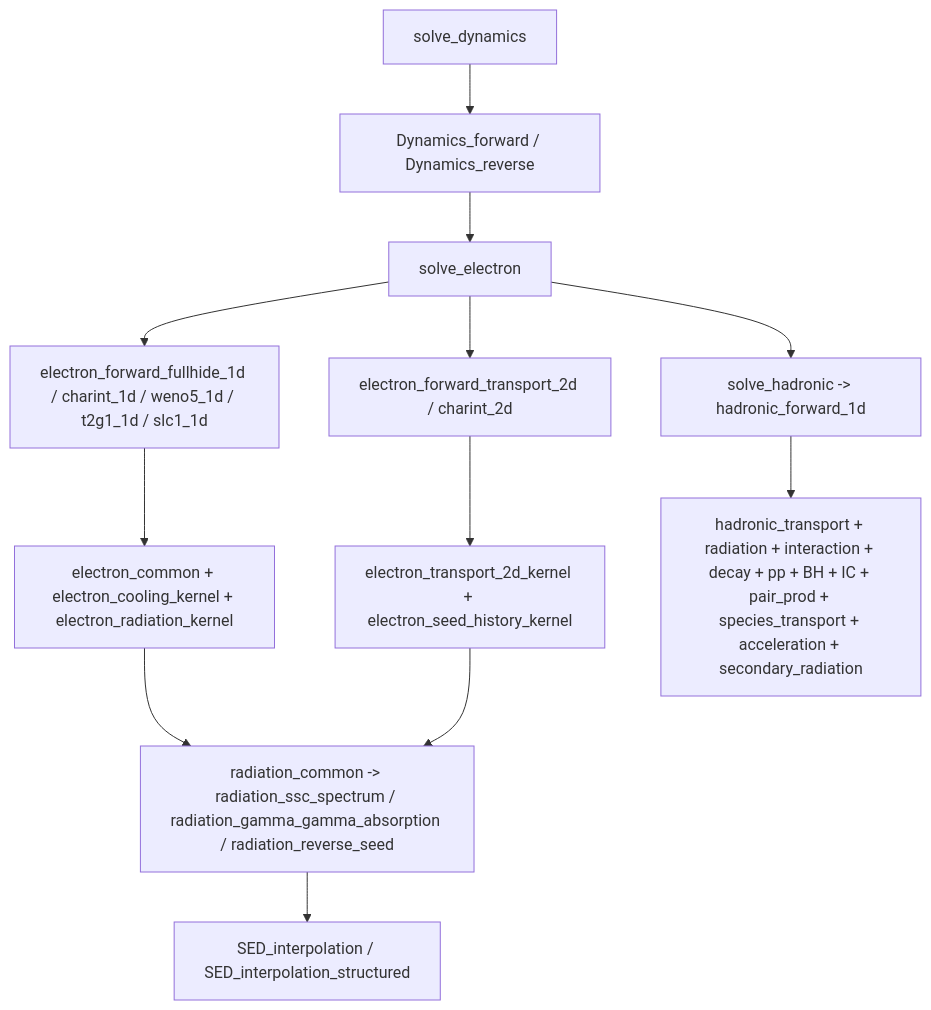
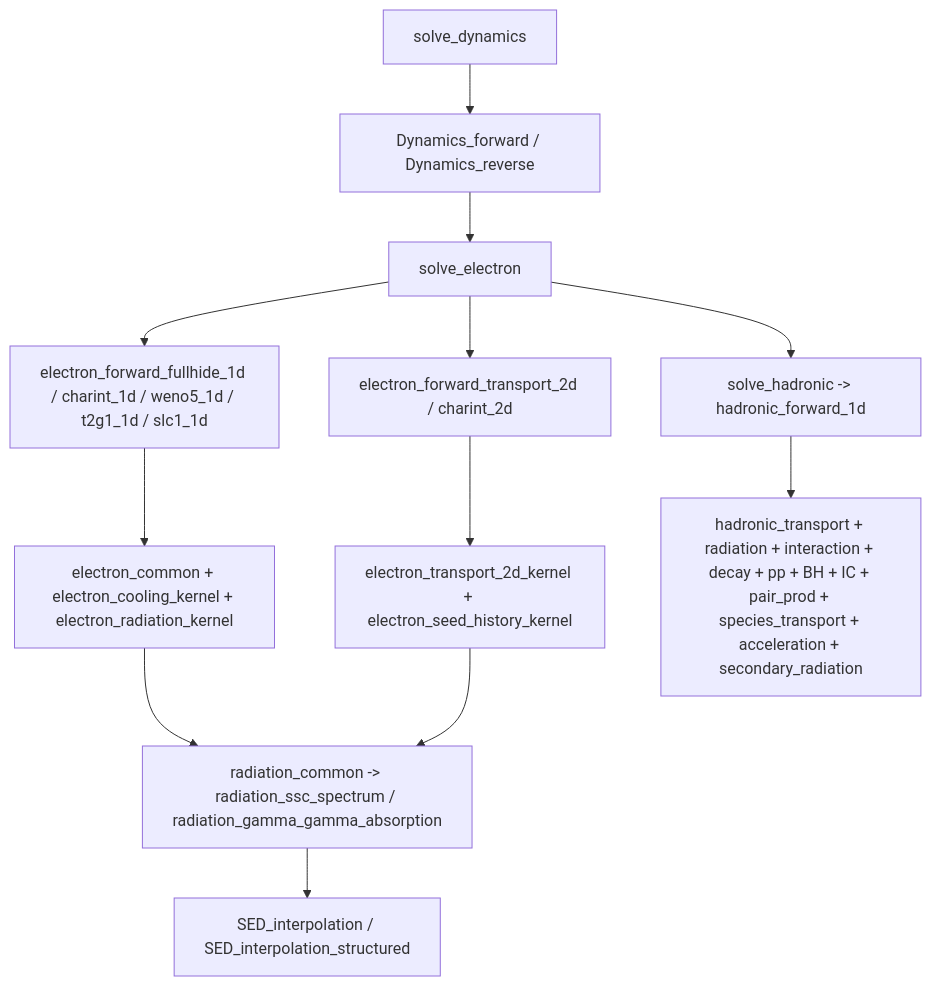
One commit to mikuru1096/ASGARD_GRBAfterglow changed the second of 2 diagrams in doc/call_chain.md. Above: the diagram before and after it, drawn with Mermaid. The commit also changed 7 other files, not shown here.

````diff
--- a/doc/call_chain.md
+++ b/doc/call_chain.md
@@ -36,14 +36,14 @@
 ```mermaid
 flowchart TD
     A["solve_dynamics"] --> B["Dynamics_forward / Dynamics_reverse"]
     B --> C["solve_electron"]
     C --> D["electron_forward_fullhide_1d / charint_1d / weno5_1d / t2g1_1d / slc1_1d"]
     C --> E["electron_forward_transport_2d / charint_2d"]
     D --> F["electron_common + electron_cooling_kernel + electron_radiation_kernel"]
     E --> G["electron_transport_2d_kernel + electron_seed_history_kernel"]
-    F --> H["radiation_common -> radiation_ssc_spectrum / radiation_gamma_gamma_absorption / radiation_reverse_seed"]
+    F --> H["radiation_common -> radiation_ssc_spectrum / radiation_gamma_gamma_absorption"]
     G --> H
     H --> I["SED_interpolation / SED_interpolation_structured"]
     C --> J["solve_hadronic -> hadronic_forward_1d"]
     J --> K["hadronic_transport + radiation + interaction + decay + pp + BH + IC + pair_prod + species_transport + acceleration + secondary_radiation"]
 ```
````
